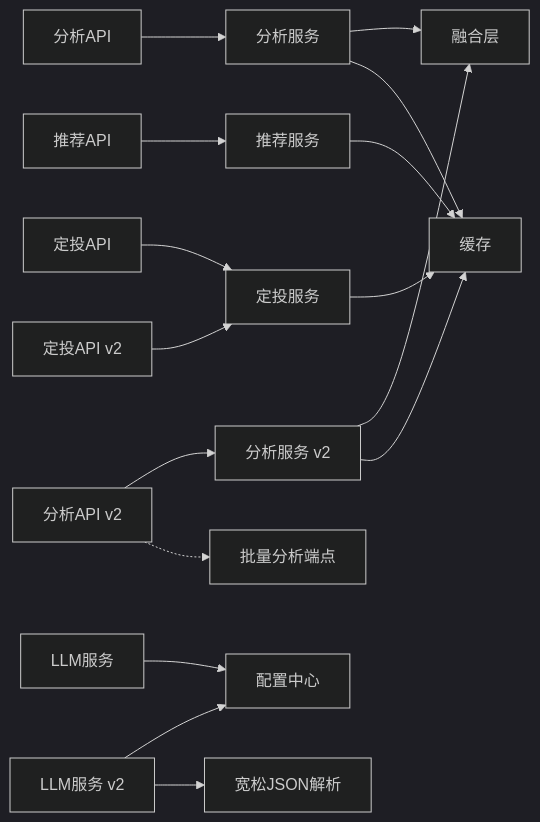
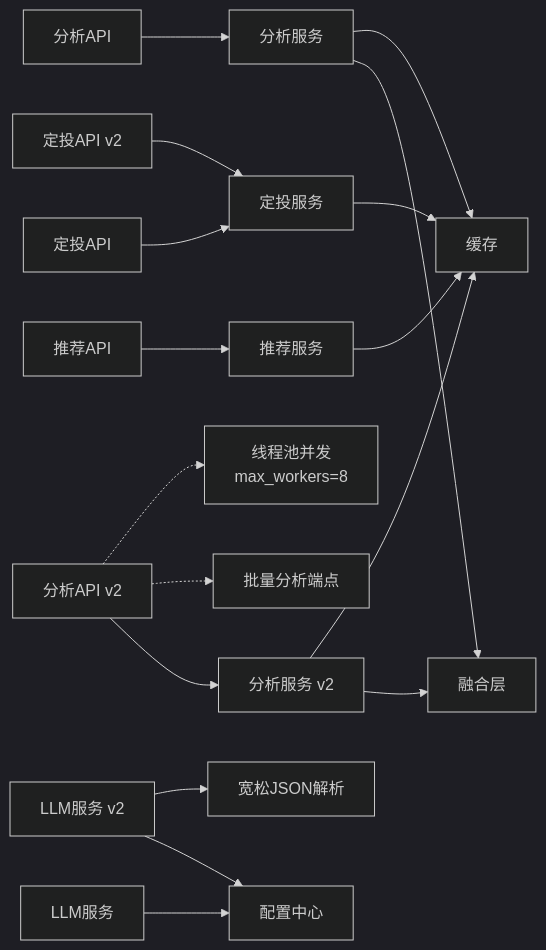
One commit to youkell85/FundTrader changed diagram 12 of 13 in .qoder/repowiki/zh/content/核心功能模块/AI分析服务.md. Above: the diagram before and after it, drawn with Mermaid (dark theme). The commit also changed other lines of this file and 46 other files, not shown here.

````diff
--- a/.qoder/repowiki/zh/content/核心功能模块/AI分析服务.md
+++ b/.qoder/repowiki/zh/content/核心功能模块/AI分析服务.md
@@ -468,18 +529,19 @@
 ```mermaid
 graph LR
 API_A["分析API"] --> SVC_A["分析服务"]
 API_AV2["分析API v2"] --> SVC_AV2["分析服务 v2"]
 API_R["推荐API"] --> SVC_RE["推荐服务"]
 API_D["定投API"] --> SVC_D["定投服务"]
 API_DV2["定投API v2"] --> SVC_D
 SVC_A --> DATA_F["融合层"]
 SVC_RE --> CACHE["缓存"]
 SVC_D --> CACHE
 SVC_A --> CACHE
 SVC_AV2 --> DATA_F
 SVC_AV2 --> CACHE
 SVC_L["LLM服务"] --> CFG["配置中心"]
 SVC_LV2["LLM服务 v2"] --> CFG
 SVC_LV2 --> LENIENT["宽松JSON解析"]
 API_AV2 -.-> BATCH["批量分析端点"]
+API_AV2 -.-> THREAD_POOL["线程池并发<br/>max_workers=8"]
 ```
````
